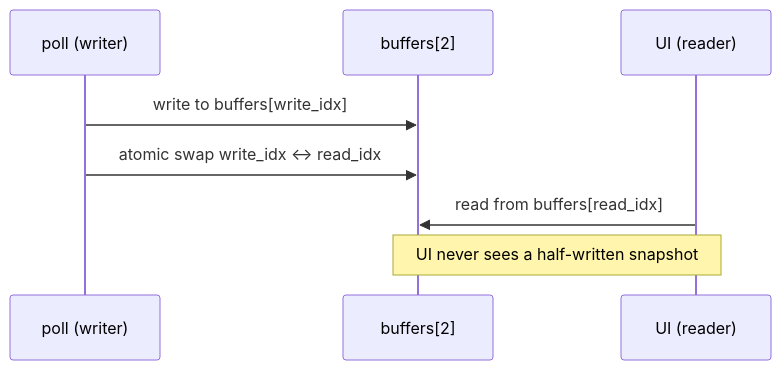
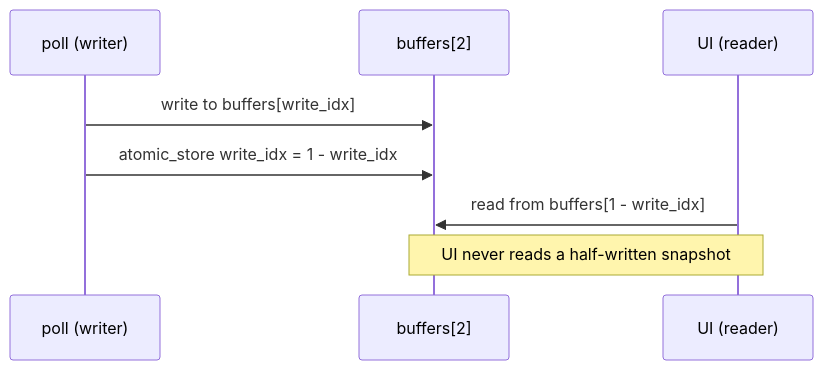
The fourth of 10 diagrams in docs/ARCHITECTURE.md (fcarvajalbrown/PulsOS), drawn with Mermaid before and after one commit. The commit also changed other lines of this file, not shown here.

````diff
--- a/docs/ARCHITECTURE.md
+++ b/docs/ARCHITECTURE.md
@@ -112,11 +235,11 @@
 ```mermaid
 sequenceDiagram
     participant Poll as poll (writer)
     participant Buf as buffers[2]
     participant UI as UI (reader)
 
     Poll->>Buf: write to buffers[write_idx]
-    Poll->>Buf: atomic swap write_idx ↔ read_idx
-    UI->>Buf: read from buffers[read_idx]
-    Note over UI,Buf: UI never sees a half-written snapshot
+    Poll->>Buf: atomic_store write_idx = 1 - write_idx
+    UI->>Buf: read from buffers[1 - write_idx]
+    Note over UI,Buf: UI never reads a half-written snapshot
 ```
````
